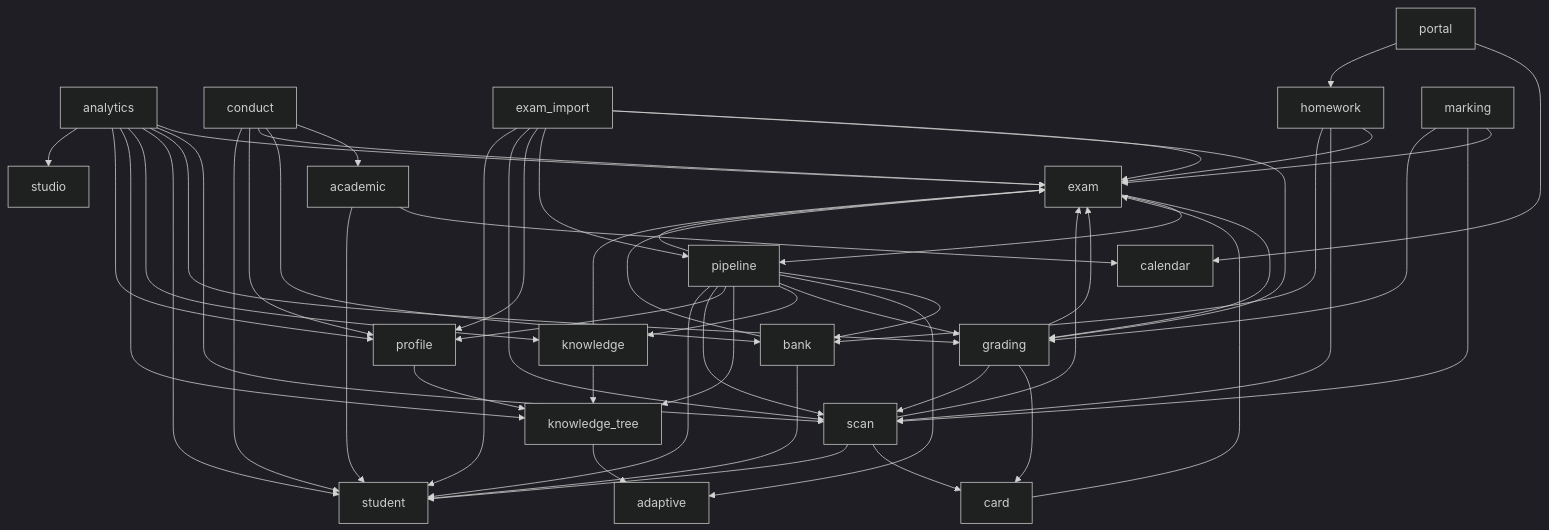
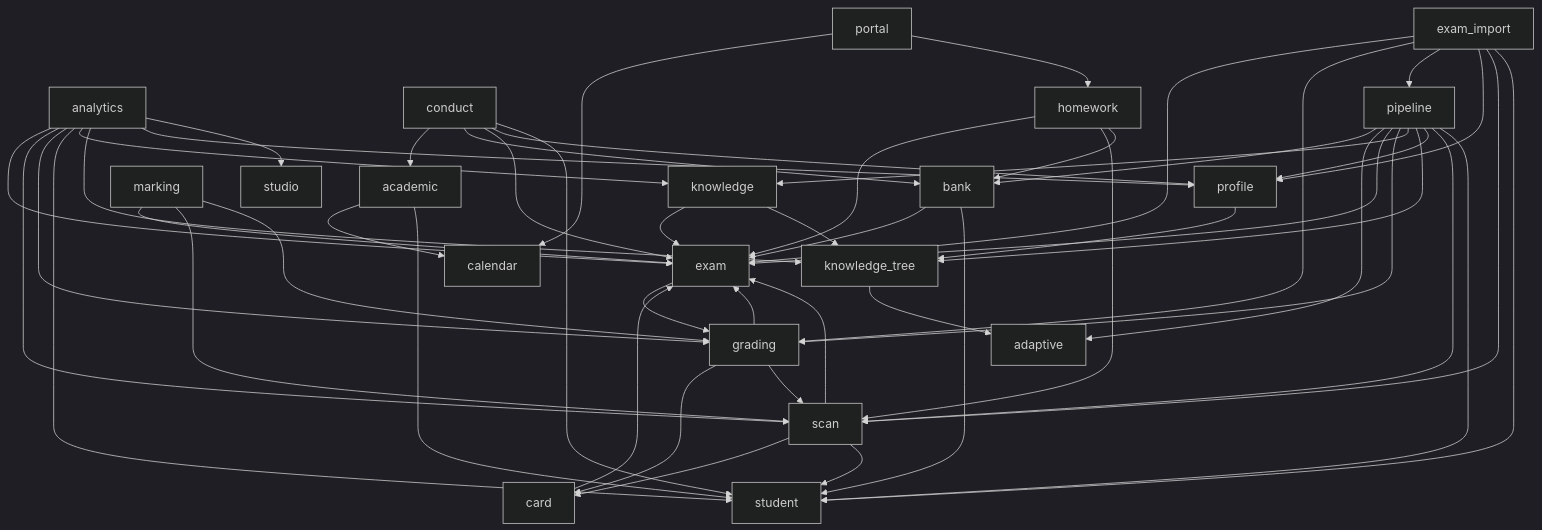
The diagram in docs/governance/dependency-graph.md (juanwan99/edu-cloud), drawn with Mermaid (dark theme) before and after one commit. The commit also changed 7 other files, not shown here.

````diff
--- a/docs/governance/dependency-graph.md
+++ b/docs/governance/dependency-graph.md
@@ -5,56 +5,55 @@
 ```mermaid
 flowchart TD
   academic --> calendar
   academic --> student
   analytics --> exam
   analytics --> scan
   analytics --> grading
   analytics --> student
   analytics --> knowledge
   analytics --> knowledge_tree
   analytics --> profile
   analytics --> studio
   bank --> exam
   bank --> student
   card --> exam
   conduct --> academic
   conduct --> bank
   conduct --> exam
   conduct --> profile
   conduct --> student
   exam --> grading
-  exam --> pipeline
   exam_import --> exam
   exam_import --> grading
   exam_import --> pipeline
   exam_import --> profile
   exam_import --> scan
   exam_import --> student
   grading --> card
   grading --> exam
   grading --> scan
   homework --> exam
   homework --> scan
   homework --> bank
   knowledge --> exam
   knowledge --> knowledge_tree
   knowledge_tree --> adaptive
   marking --> exam
   marking --> scan
   marking --> grading
   pipeline --> bank
   pipeline --> adaptive
   pipeline --> exam
   pipeline --> grading
   pipeline --> knowledge
   pipeline --> knowledge_tree
   pipeline --> profile
   pipeline --> scan
   pipeline --> student
   portal --> calendar
   portal --> homework
   profile --> knowledge_tree
   scan --> exam
   scan --> card
   scan --> student
 ```
````
